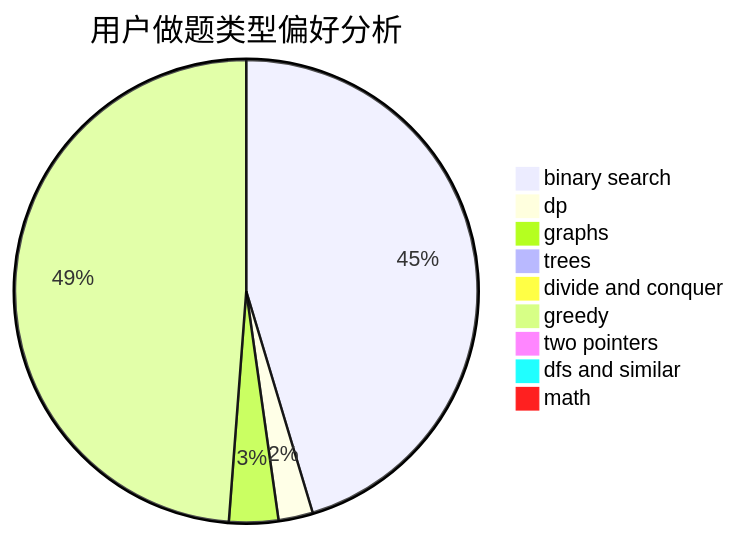
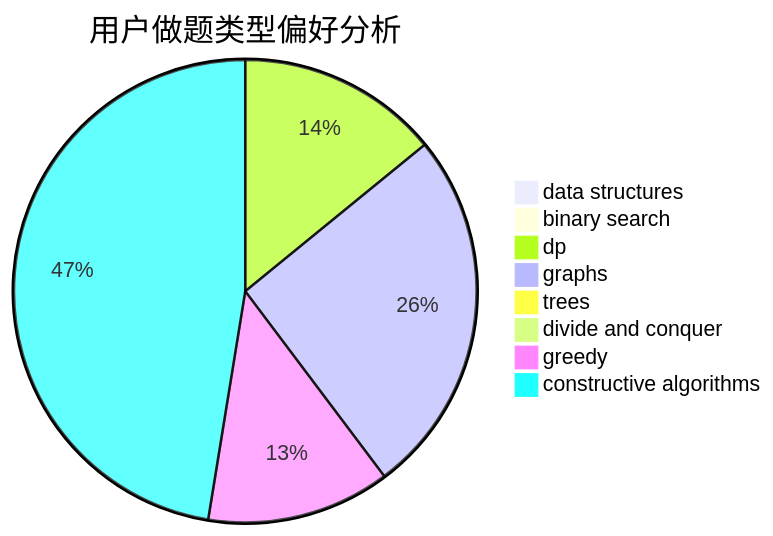
The second of 3 diagrams in docs/user/u2663.md (sherpahu/cfrs.github.io), drawn with Mermaid before and after one commit. The commit also changed other lines of this file and 2775 other files, not shown here.

````diff
--- a/docs/user/u2663.md
+++ b/docs/user/u2663.md
@@ -23,12 +23,11 @@
 ```mermaid
 pie title 用户做题类型偏好分析
-    "binary search" :  264
-    "dp" :  14
+    "data structures" :  0
+    "binary search" :  0
+    "dp" :  11
     "graphs" :  20
     "trees" :  0
     "divide and conquer" :  0
-    "greedy" :  284
-    "two pointers" :  0
-    "dfs and similar" :  0
-    "math" :  0
+    "greedy" :  10
+    "constructive algorithms" :  37
 ```
````
